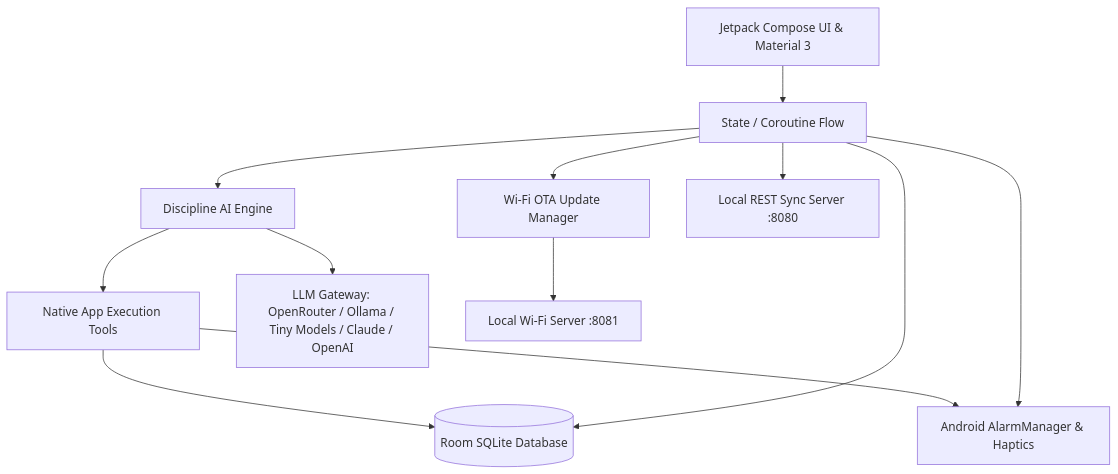
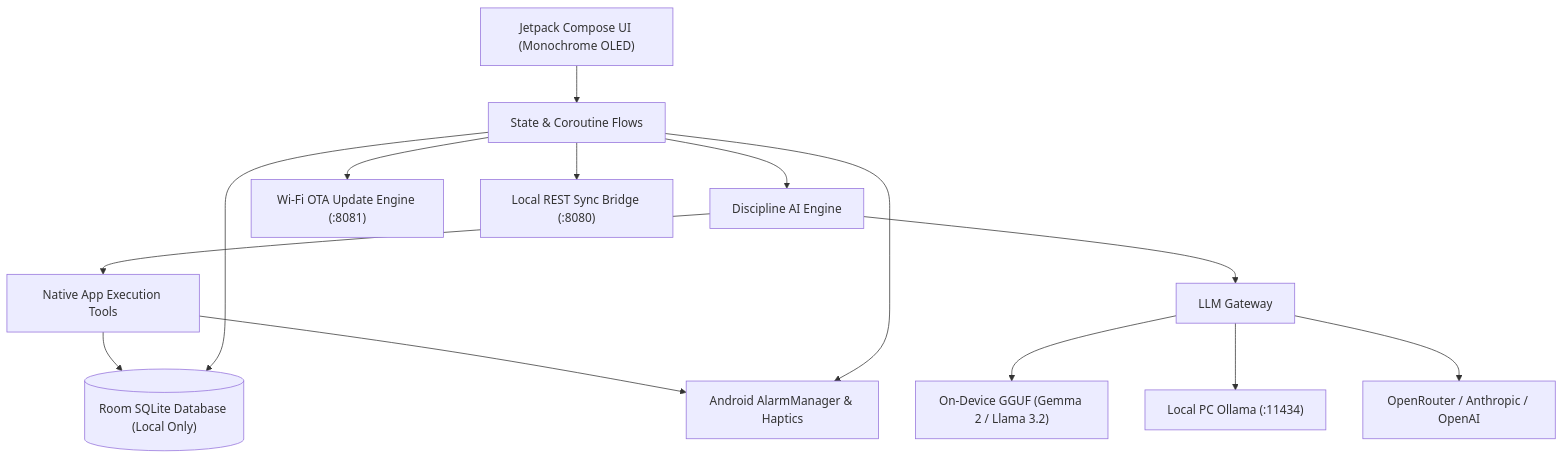
Before and after one commit to Developer-For-Git/DisciplineOS: the diagram in README.md, drawn with Mermaid. The commit also changed other lines of this file and 12 other files, not shown here.

````diff
--- a/README.md
+++ b/README.md
@@ -152,14 +230,16 @@
 ```mermaid
 flowchart TD
-    UI[Jetpack Compose UI & Material 3] --> VM[State / Coroutine Flow]
-    VM --> AI[Discipline AI Engine]
-    AI --> TOOLS[Native App Execution Tools]
-    TOOLS --> DB[(Room SQLite Database)]
-    TOOLS --> ALARM[Android AlarmManager & Haptics]
-    AI --> LLM[LLM Gateway: OpenRouter / Ollama / Tiny Models / Claude / OpenAI]
+    UI["Jetpack Compose UI (Monochrome OLED)"] --> VM["State & Coroutine Flows"]
+    VM --> AI["Discipline AI Engine"]
+    AI --> TOOLS["Native App Execution Tools"]
+    TOOLS --> DB[("Room SQLite Database (Local Only)")]
+    TOOLS --> ALARM["Android AlarmManager & Haptics"]
+    AI --> GATEWAY["LLM Gateway"]
+    GATEWAY --> LOCAL["On-Device GGUF (Gemma 2 / Llama 3.2)"]
+    GATEWAY --> OLLAMA["Local PC Ollama (:11434)"]
+    GATEWAY --> CLOUD["OpenRouter / Anthropic / OpenAI"]
     VM --> DB
     VM --> ALARM
-    VM --> OTA[Wi-Fi OTA Update Manager]
-    OTA --> SERVER[Local Wi-Fi Server :8081]
-    VM --> REST[Local REST Sync Server :8080]
+    VM --> OTA["Wi-Fi OTA Update Engine (:8081)"]
+    VM --> REST["Local REST Sync Bridge (:8080)"]
 ```
````
